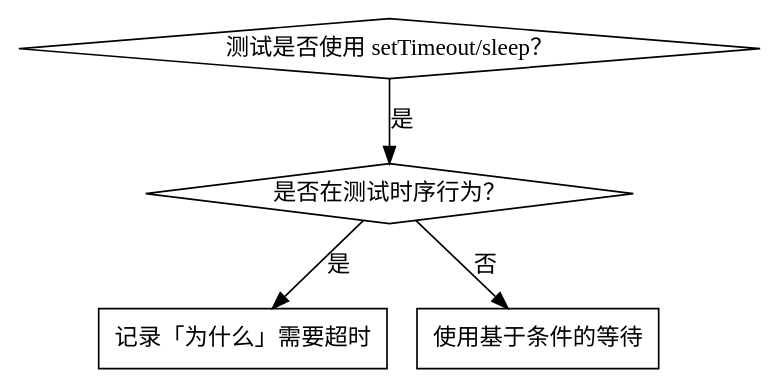
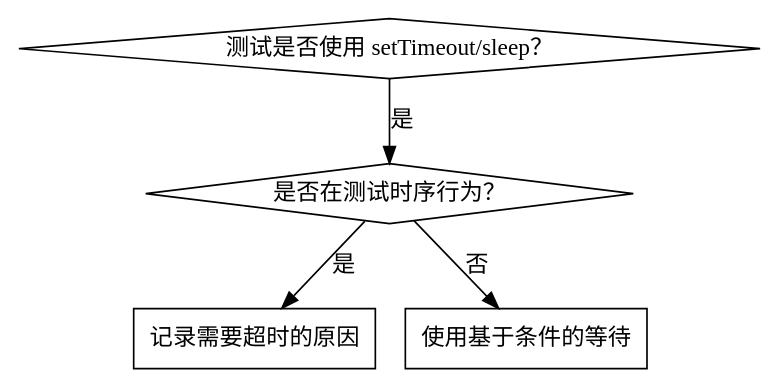
Before and after one commit to chuxiao/superpowers: the diagram in skills/systematic-debugging/condition-based-waiting.md, drawn with Graphviz. The commit also changed other lines of this file and 69 other files, not shown here.

````diff
--- a/skills/systematic-debugging/condition-based-waiting.md
+++ b/skills/systematic-debugging/condition-based-waiting.md
@@ -11,12 +11,12 @@
 ```dot
 digraph when_to_use {
     "测试是否使用 setTimeout/sleep？" [shape=diamond];
     "是否在测试时序行为？" [shape=diamond];
-    "记录「为什么」需要超时" [shape=box];
+    "记录需要超时的原因" [shape=box];
     "使用基于条件的等待" [shape=box];
 
     "测试是否使用 setTimeout/sleep？" -> "是否在测试时序行为？" [label="是"];
-    "是否在测试时序行为？" -> "记录「为什么」需要超时" [label="是"];
+    "是否在测试时序行为？" -> "记录需要超时的原因" [label="是"];
     "是否在测试时序行为？" -> "使用基于条件的等待" [label="否"];
 }
 ```
````
